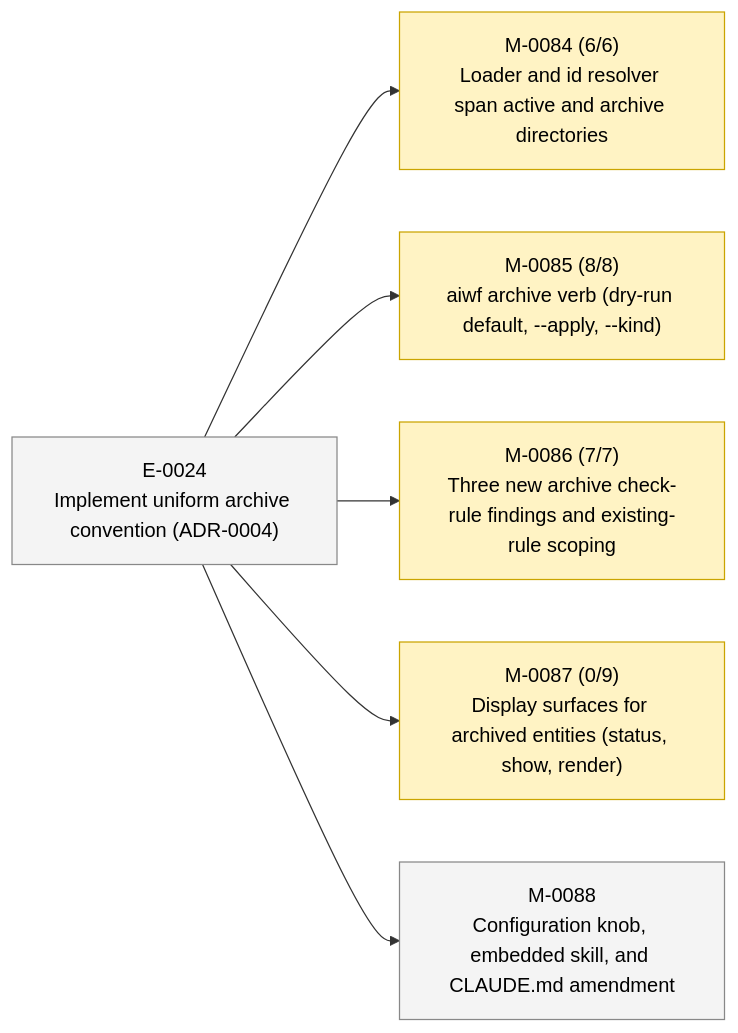
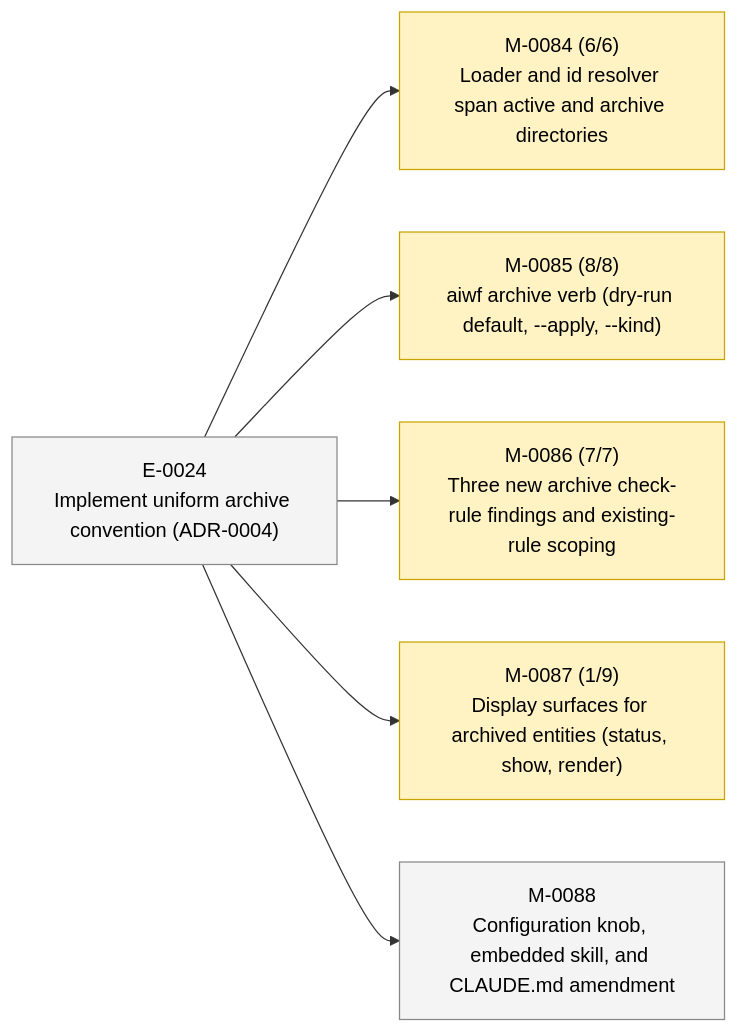
Before and after one commit to 23min/aiwf: the second of 2 diagrams in STATUS.md, drawn with Mermaid. The commit also changed other lines of this file and 1 other file, not shown here.

````diff
--- a/STATUS.md
+++ b/STATUS.md
@@ -49,20 +49,20 @@
 ```mermaid
 flowchart LR
   E_0024["E-0024<br/>Implement uniform archive convention (ADR-0004)"]:::epic_proposed
   M_0084["M-0084 (6/6)<br/>Loader and id resolver span active and archive directories"]:::ms_in_progress
   E_0024 --> M_0084
   M_0085["M-0085 (8/8)<br/>aiwf archive verb (dry-run default, --apply, --kind)"]:::ms_in_progress
   E_0024 --> M_0085
   M_0086["M-0086 (7/7)<br/>Three new archive check-rule findings and existing-rule scoping"]:::ms_in_progress
   E_0024 --> M_0086
-  M_0087["M-0087 (0/9)<br/>Display surfaces for archived entities (status, show, render)"]:::ms_in_progress
+  M_0087["M-0087 (1/9)<br/>Display surfaces for archived entities (status, show, render)"]:::ms_in_progress
   E_0024 --> M_0087
   M_0088["M-0088<br/>Configuration knob, embedded skill, and CLAUDE.md amendment"]:::ms_draft
   E_0024 --> M_0088
   classDef epic_active fill:#d6eaff,stroke:#1a73e8,color:#000
   classDef epic_proposed fill:#f4f4f4,stroke:#888,color:#000
   classDef ms_done fill:#d8f5d8,stroke:#2a8a2a,color:#000
   classDef ms_in_progress fill:#fff3c4,stroke:#caa400,color:#000
   classDef ms_draft fill:#f4f4f4,stroke:#888,color:#000
   classDef ms_cancelled fill:#fbeaea,stroke:#c33,color:#000
 ```
````
